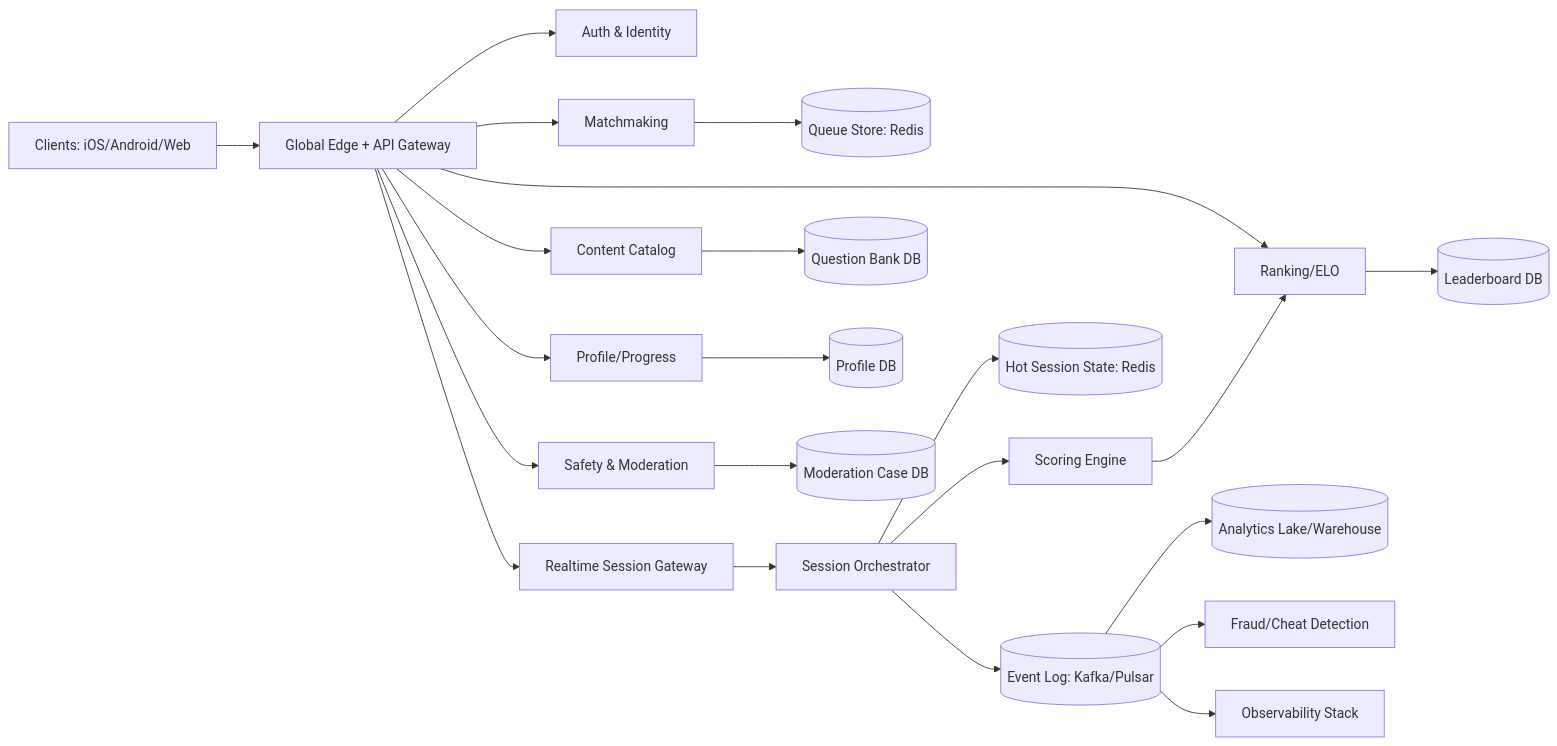
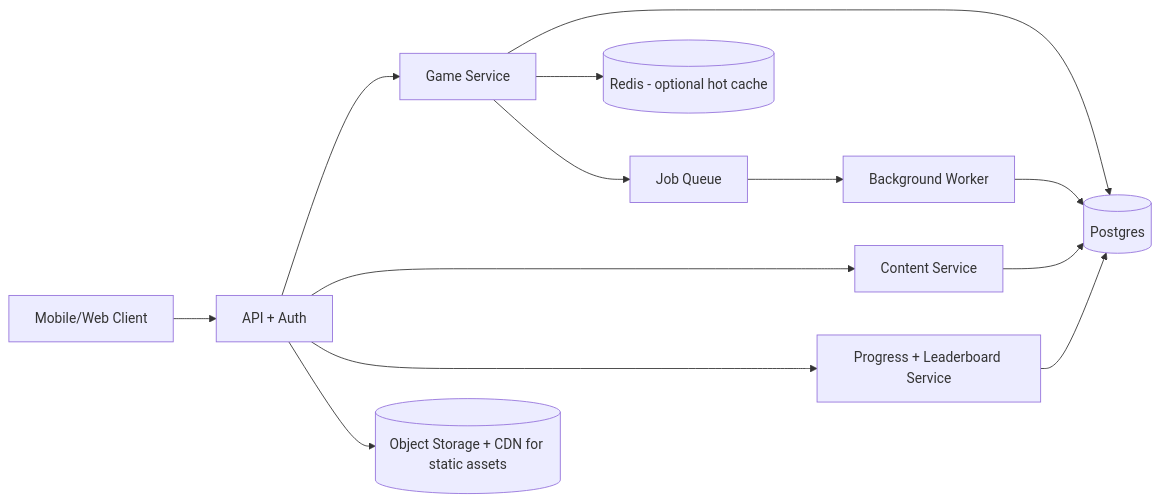
Before and after one commit to lktiep/english4kids: the first of 2 diagrams in docs/arena-masterplan/01-architecture.md, drawn with Mermaid. The commit also changed other lines of this file and 3 other files, not shown here.

````diff
--- a/docs/arena-masterplan/01-architecture.md
+++ b/docs/arena-masterplan/01-architecture.md
@@ -44,28 +38,18 @@
 ```mermaid
 flowchart LR
-    C[Clients: iOS/Android/Web] --> G[Global Edge + API Gateway]
-    G --> A[Auth & Identity]
-    G --> P[Profile/Progress]
-    G --> MM[Matchmaking]
-    G --> RT[Realtime Session Gateway]
-    G --> CT[Content Catalog]
-    G --> RK[Ranking/ELO]
-    G --> SF[Safety & Moderation]
+    C[Mobile/Web Client] --> API[API + Auth]
+    API --> GAME[Game Service]
+    API --> CONTENT[Content Service]
+    API --> PROGRESS[Progress + Leaderboard Service]
 
-    MM --> Q[(Queue Store: Redis)]
-    RT --> RS[Session Orchestrator]
-    RS --> EV[(Event Log: Kafka/Pulsar)]
-    RS --> ST[(Hot Session State: Redis)]
-    RS --> SC[Scoring Engine]
-    SC --> RK
+    GAME --> DB[(Postgres)]
+    CONTENT --> DB
+    PROGRESS --> DB
 
-    CT --> QB[(Question Bank DB)]
-    P --> PR[(Profile DB)]
-    RK --> LB[(Leaderboard DB)]
+    GAME --> CACHE[(Redis - optional hot cache)]
+    API --> OBJ[(Object Storage + CDN for static assets)]
 
-    EV --> OLAP[(Analytics Lake/Warehouse)]
-    EV --> FR[Fraud/Cheat Detection]
-    EV --> OBS[Observability Stack]
-
-    SF --> MOD[(Moderation Case DB)]
+    GAME --> Q[Job Queue]
+    Q --> W[Background Worker]
+    W --> DB
 ```
````
